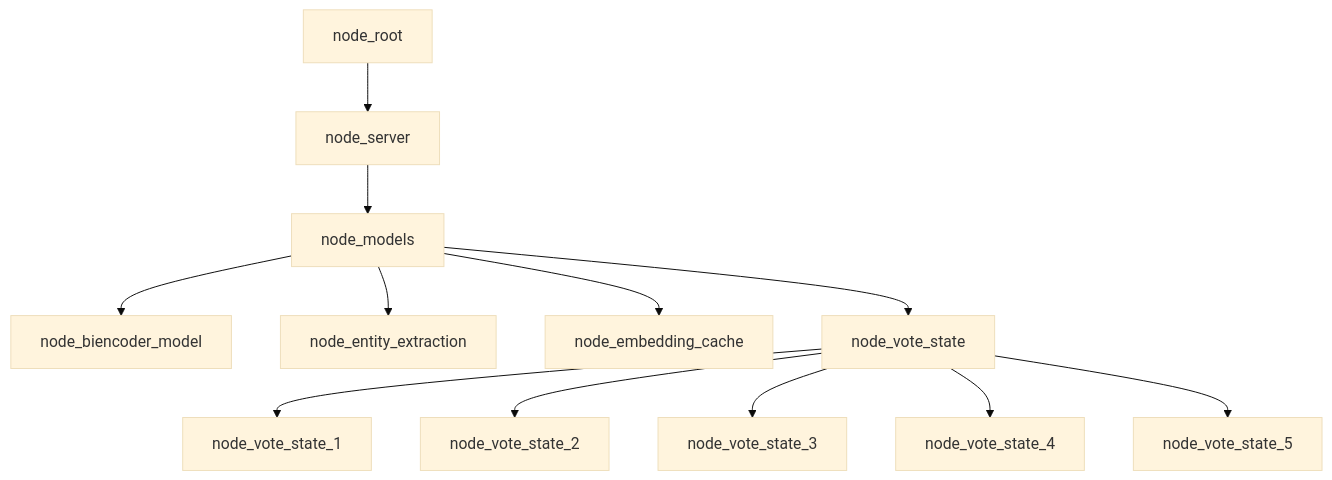
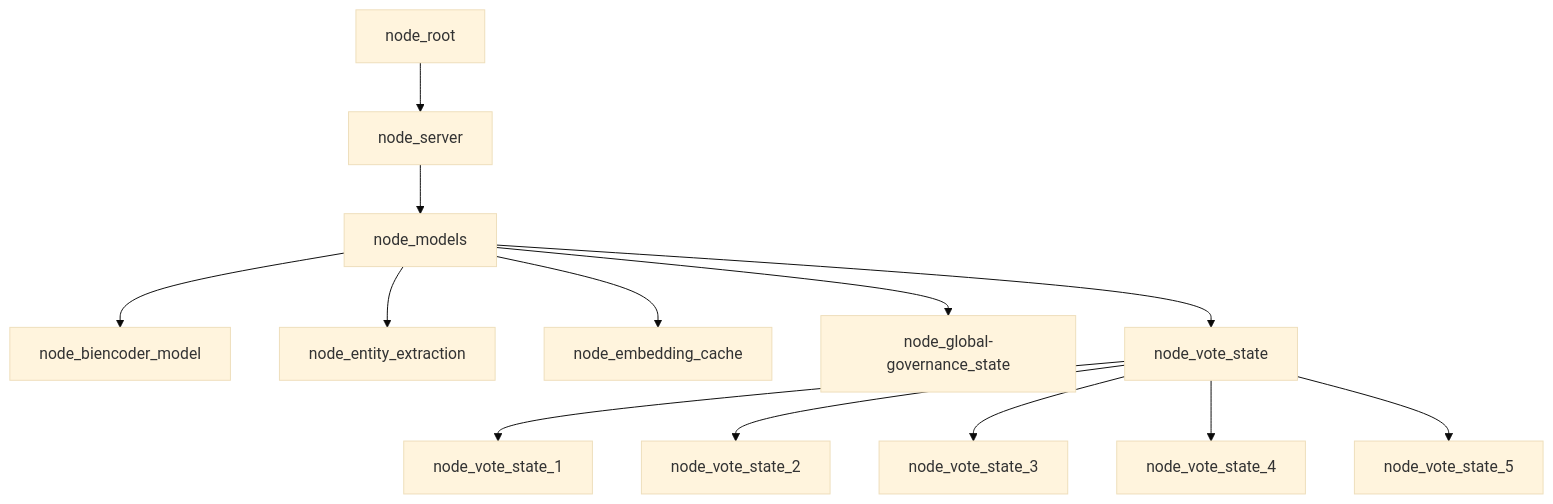
One commit to WrappedUsername/dideggo changed the diagram in server/models/vote-state/vote-graph-jac.md. Above: the diagram before and after it, drawn with Mermaid (base theme). The commit also changed 1 other file, not shown here.

Commit message:
Configuring files - Keefe

````diff
--- a/server/models/vote-state/vote-graph-jac.md
+++ b/server/models/vote-state/vote-graph-jac.md
@@ -5,14 +5,15 @@
 ```mermaid
 graph TD;
     node_root-->node_server
     node_server-->node_models
     node_models-->node_biencoder_model
     node_models-->node_entity_extraction
     node_models-->node_embedding_cache
+    node_models-->node_global-governance_state
     node_models-->node_vote_state
     node_vote_state-->node_vote_state_1
     node_vote_state-->node_vote_state_2
     node_vote_state-->node_vote_state_3
     node_vote_state-->node_vote_state_4
     node_vote_state-->node_vote_state_5
 ```
````
